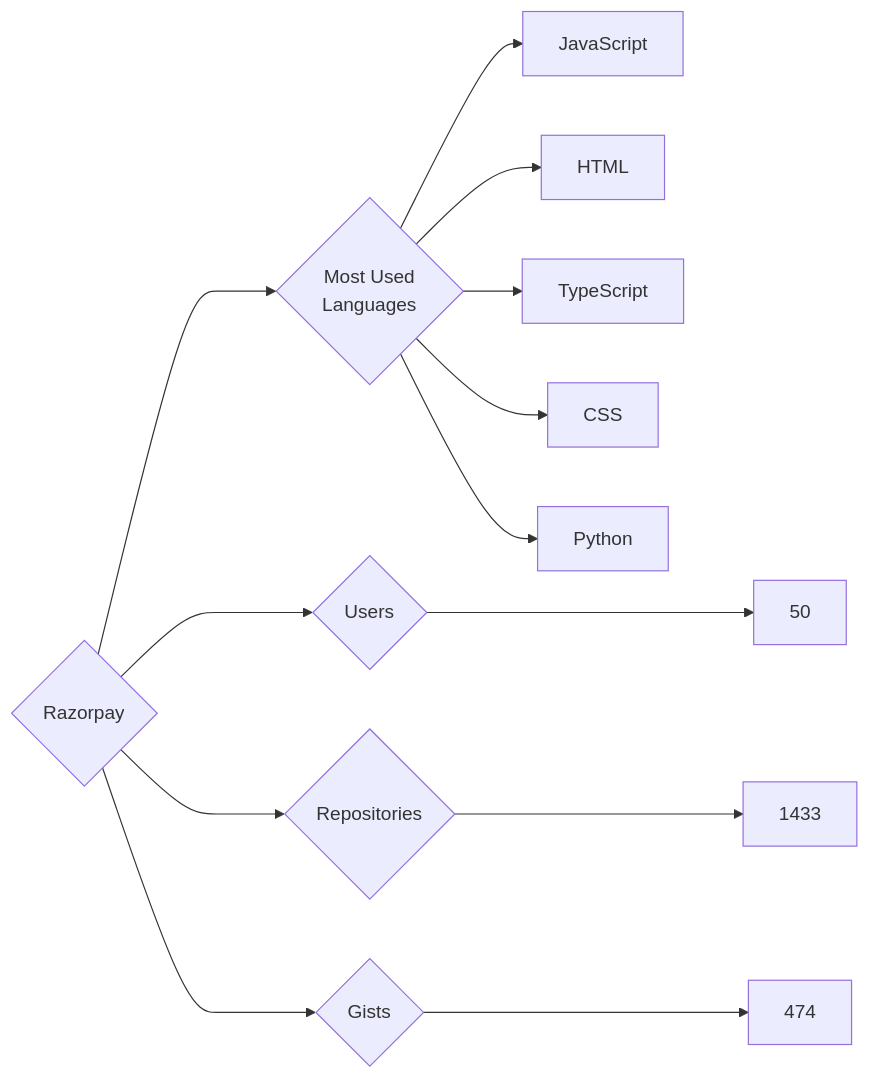
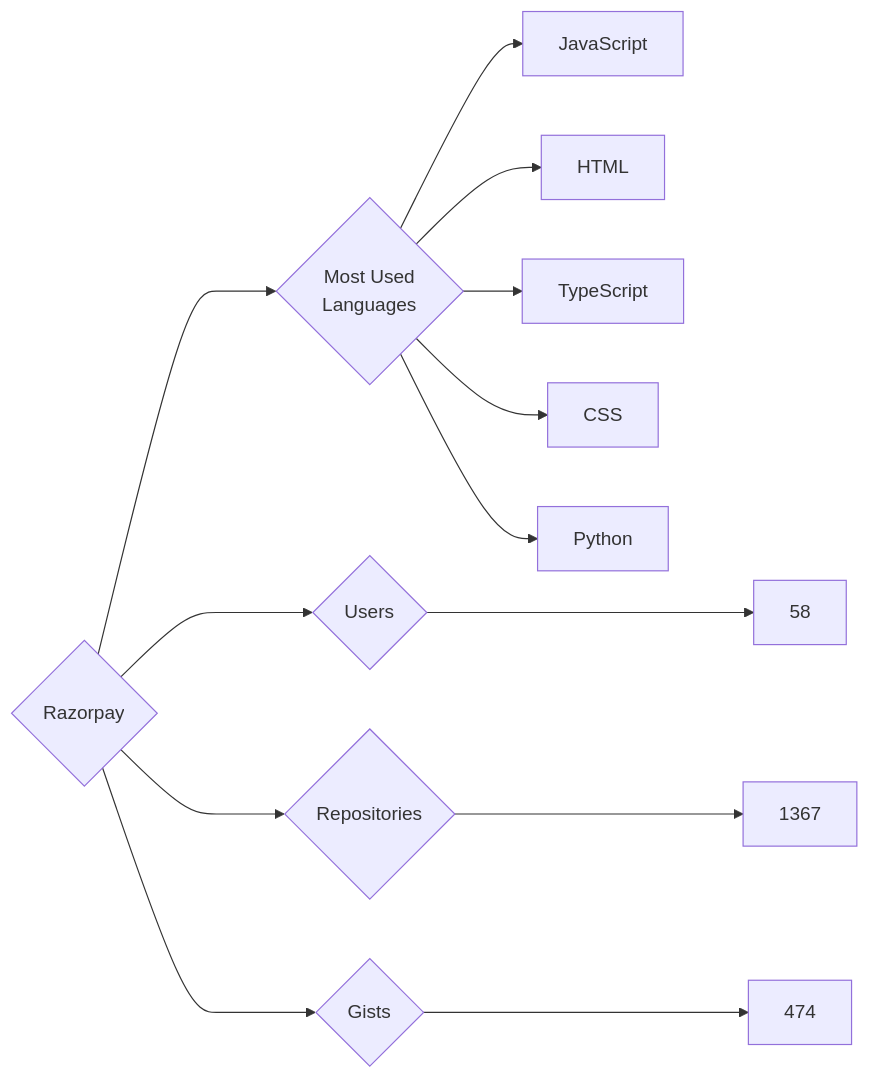
Before and after one commit to trickest/insiders: the diagram in targets/Razorpay/README.md, drawn with Mermaid. The commit also changed 1484 other files, not shown here.

````diff
--- a/targets/Razorpay/README.md
+++ b/targets/Razorpay/README.md
@@ -3,13 +3,13 @@
 ```mermaid
 graph LR
 COMPANY_NAME{Razorpay}
-COMPANY_NAME ---> U{Users} ---> UN[50]
-COMPANY_NAME ---> R{Repositories} ---> RN[1433]
+COMPANY_NAME ---> U{Users} ---> UN[58]
+COMPANY_NAME ---> R{Repositories} ---> RN[1367]
 COMPANY_NAME ---> G{Gists} ---> GN[474]
 COMPANY_NAME ---> ML{Most Used<br>Languages}
 ML --> JavaScript[JavaScript]
 ML --> HTML[HTML]
 ML --> TypeScript[TypeScript]
 ML --> CSS[CSS]
 ML --> Python[Python]
 ```
````
